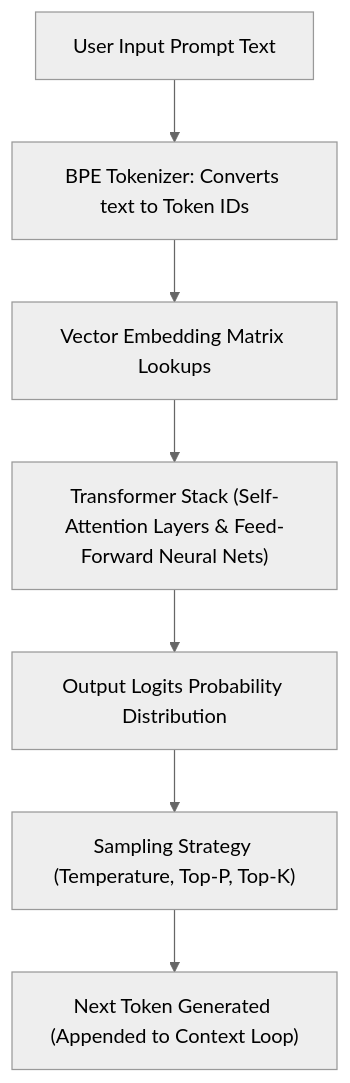
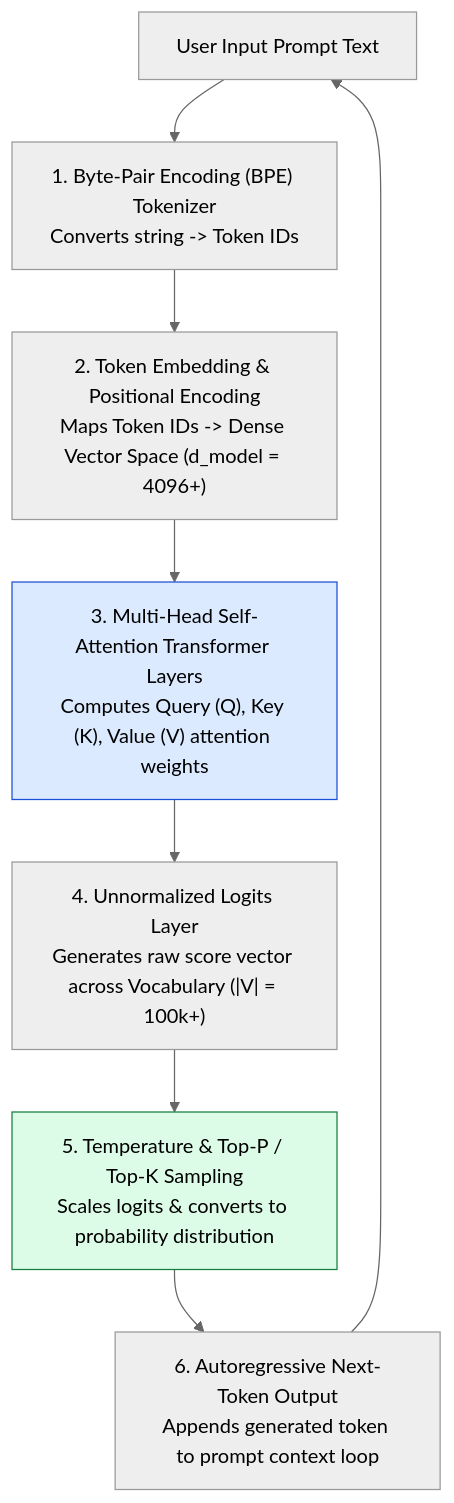
Before and after one commit to Amie-dev/engineering-playbook: the first of 3 diagrams in agentic-ai-notes/00-foundations/01-how-llms-work.md, drawn with Mermaid (neutral theme). The commit also changed other lines of this file and 17 other files, not shown here.

Commit message:
Refactor observability and tracing documentation to enhance clarity and detail; expand Model Context Protocol (MCP) architecture with JSON-RPC primitives; update decision framework to emphasize architectural complexity and decision-making processes.

````diff
--- a/agentic-ai-notes/00-foundations/01-how-llms-work.md
+++ b/agentic-ai-notes/00-foundations/01-how-llms-work.md
@@ -10,9 +13,19 @@
 ```mermaid
 flowchart TD
-    Prompt[User Input Prompt Text] --> Tokenizer[BPE Tokenizer: Converts text to Token IDs]
-    Tokenizer --> Embedding[Vector Embedding Matrix Lookups]
-    Embedding --> Transformer["Transformer Stack (Self-Attention Layers & Feed-Forward Neural Nets)"]
-    Transformer --> Logits[Output Logits Probability Distribution]
-    Logits --> Sampling["Sampling Strategy (Temperature, Top-P, Top-K)"]
-    Sampling --> NextToken["Next Token Generated (Appended to Context Loop)"]
+    Prompt[User Input Prompt Text] --> Tokenizer["1. Byte-Pair Encoding (BPE) Tokenizer<br/>Converts string -> Token IDs"]
+
+    Tokenizer --> EmbedLook["2. Token Embedding & Positional Encoding<br/>Maps Token IDs -> Dense Vector Space (d_model = 4096+)"]
+
+    EmbedLook --> TransStack["3. Multi-Head Self-Attention Transformer Layers<br/>Computes Query (Q), Key (K), Value (V) attention weights"]
+
+    TransStack --> LogitsLayer["4. Unnormalized Logits Layer<br/>Generates raw score vector across Vocabulary (|V| = 100k+)"]
+
+    LogitsLayer --> SoftmaxSampling["5. Temperature & Top-P / Top-K Sampling<br/>Scales logits & converts to probability distribution"]
+
+    SoftmaxSampling --> NextToken["6. Autoregressive Next-Token Output<br/>Appends generated token to prompt context loop"]
+
+    NextToken --> Prompt
+
+    style TransStack fill:#dbeafe,stroke:#1d4ed8
+    style SoftmaxSampling fill:#dcfce7,stroke:#15803d
 ```
````
